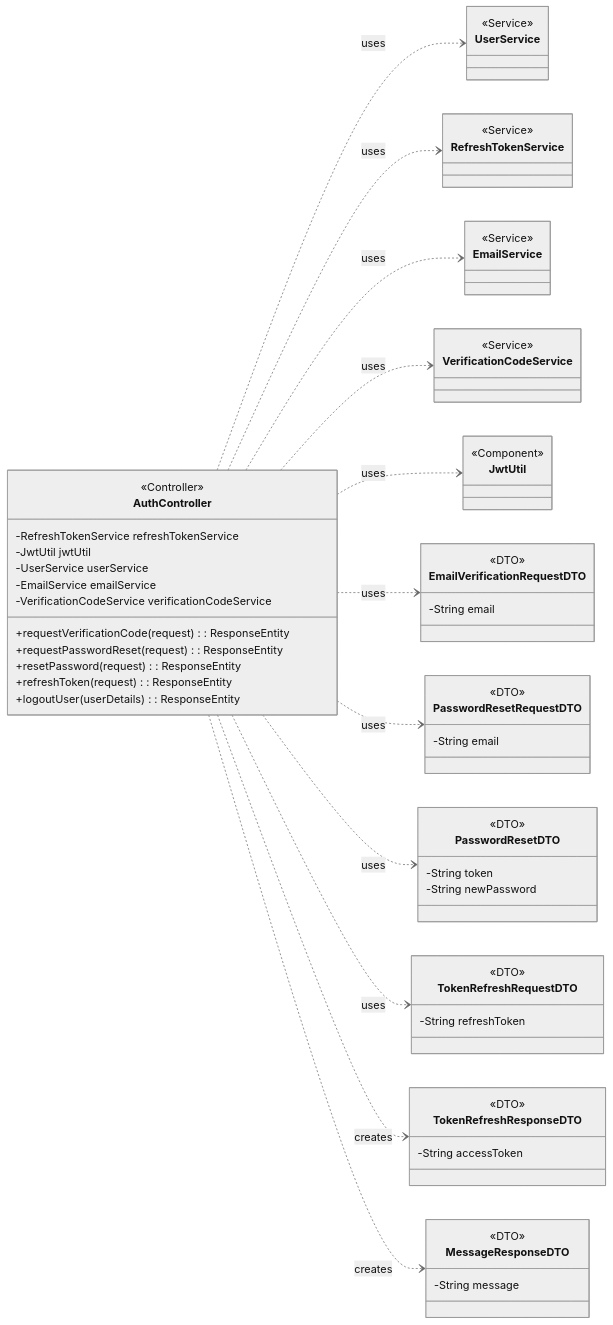
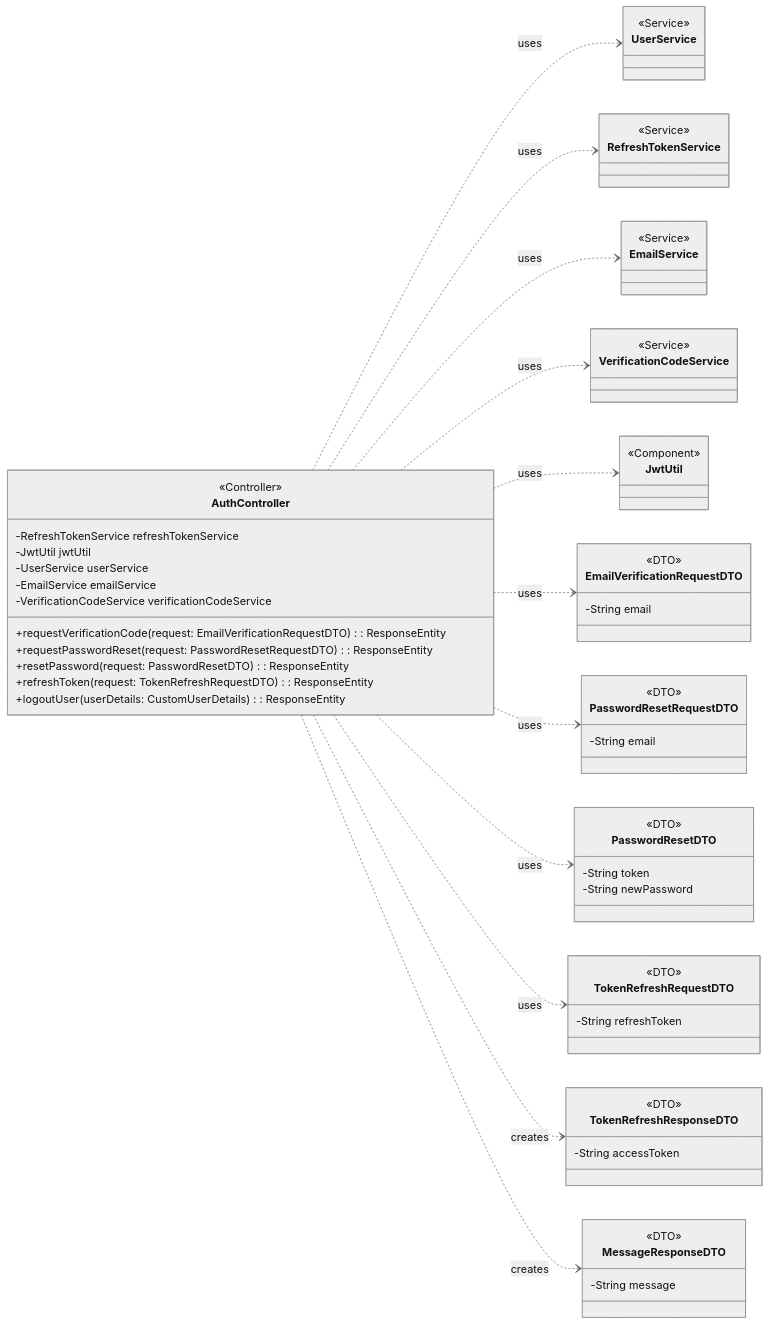
One commit to Wooong-E/game-s-cord changed the diagram in SDS/classDiagram/authClassDiagram.md. Above: the diagram before and after it, drawn with Mermaid (neutral theme). The commit also changed 4 other files, not shown here.

Commit message:
fix: gamemateClassDiagram, markClassDiagram, matchClassDiagram 수정

````diff
--- a/SDS/classDiagram/authClassDiagram.md
+++ b/SDS/classDiagram/authClassDiagram.md
@@ -3,64 +3,64 @@
 ```mermaid
 classDiagram
     direction LR
 
     class AuthController {
         <<Controller>>
         -RefreshTokenService refreshTokenService
         -JwtUtil jwtUtil
         -UserService userService
         -EmailService emailService
         -VerificationCodeService verificationCodeService
-        +requestVerificationCode(request): ResponseEntity
-        +requestPasswordReset(request): ResponseEntity
-        +resetPassword(request): ResponseEntity
-        +refreshToken(request): ResponseEntity
-        +logoutUser(userDetails): ResponseEntity
+        +requestVerificationCode(request: EmailVerificationRequestDTO): ResponseEntity<?>
+        +requestPasswordReset(request: PasswordResetRequestDTO): ResponseEntity<?>
+        +resetPassword(request: PasswordResetDTO): ResponseEntity<?>
+        +refreshToken(request: TokenRefreshRequestDTO): ResponseEntity<?>
+        +logoutUser(userDetails: CustomUserDetails): ResponseEntity<?>
     }
 
     class UserService { <<Service>> }
     class RefreshTokenService { <<Service>> }
     class EmailService { <<Service>> }
     class VerificationCodeService { <<Service>> }
     class JwtUtil { <<Component>> }
 
     class EmailVerificationRequestDTO {
         <<DTO>>
         -String email
     }
     class PasswordResetRequestDTO {
         <<DTO>>
         -String email
     }
     class PasswordResetDTO {
         <<DTO>>
         -String token
         -String newPassword
     }
     class TokenRefreshRequestDTO {
         <<DTO>>
         -String refreshToken
     }
     class TokenRefreshResponseDTO {
         <<DTO>>
         -String accessToken
     }
     class MessageResponseDTO {
         <<DTO>>
         -String message
     }
 
     %% Relationships
     AuthController ..> UserService : uses
     AuthController ..> RefreshTokenService : uses
     AuthController ..> EmailService : uses
     AuthController ..> VerificationCodeService : uses
     AuthController ..> JwtUtil : uses
     
     AuthController ..> EmailVerificationRequestDTO : uses
     AuthController ..> PasswordResetRequestDTO : uses
     AuthController ..> PasswordResetDTO : uses
     AuthController ..> TokenRefreshRequestDTO : uses
     AuthController ..> TokenRefreshResponseDTO : creates
     AuthController ..> MessageResponseDTO : creates
 ```
````
